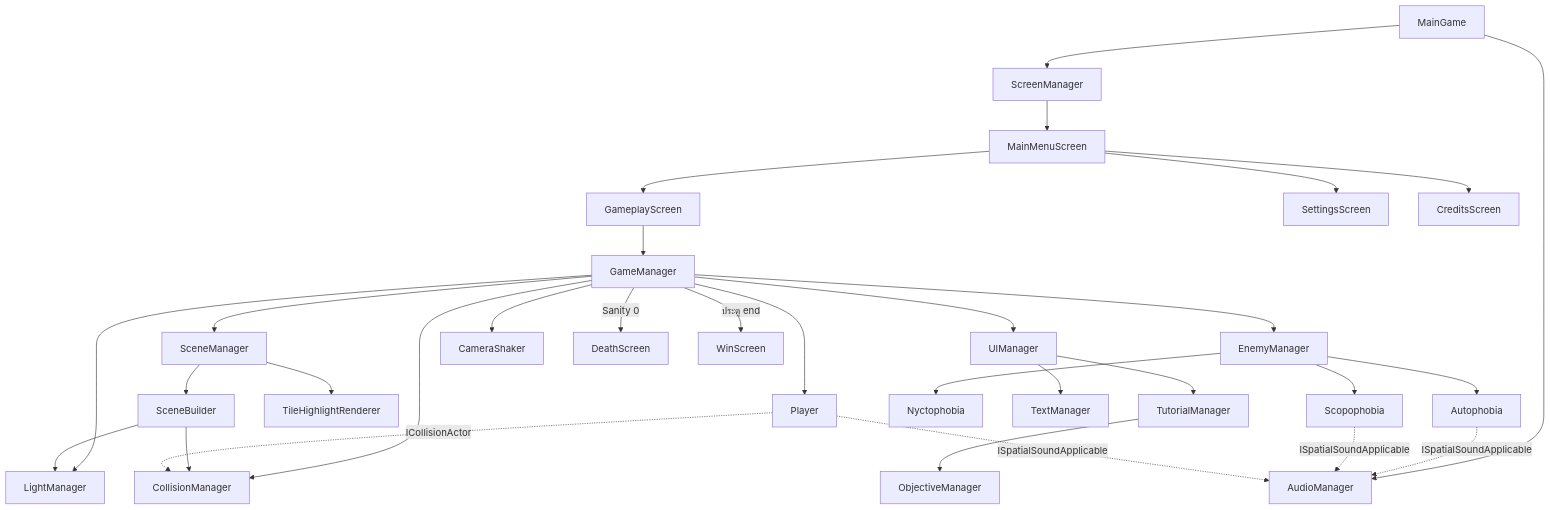
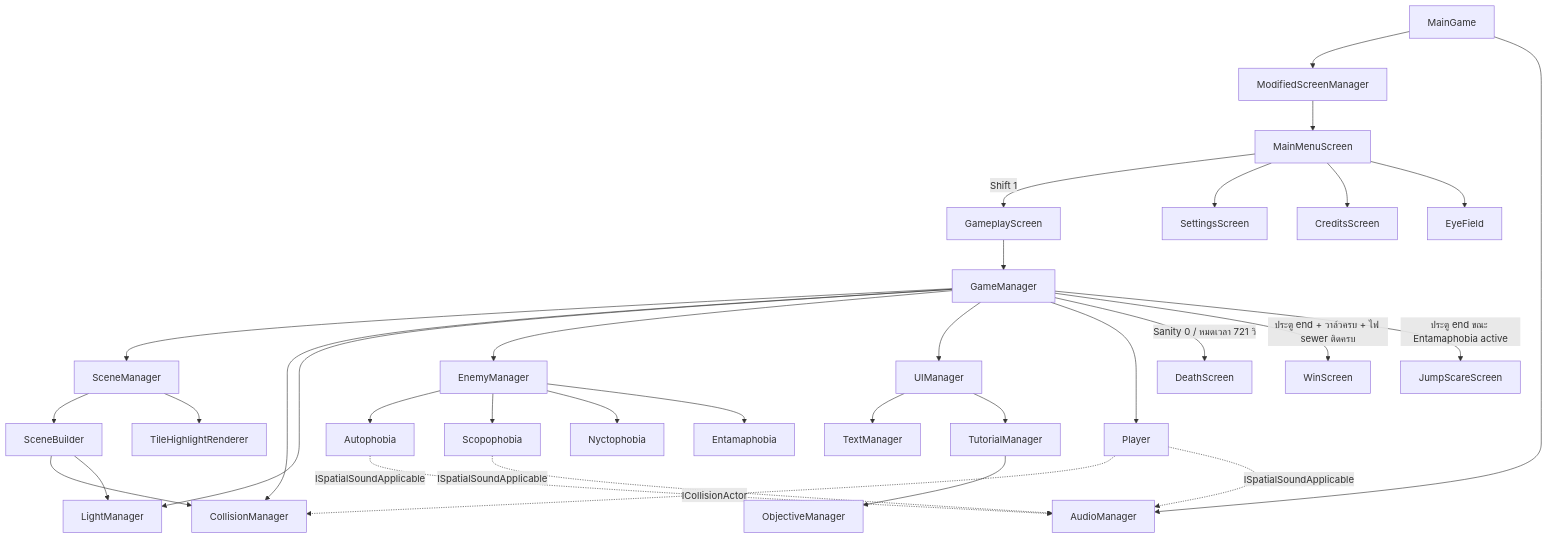
One commit to Sambopukkazz/DG225_CoreX changed the diagram in docs/01_GDD/00-concept.md. Above: the diagram before and after it, drawn with Mermaid. The commit also changed other lines of this file and 21 other files, not shown here.

````diff
--- a/docs/01_GDD/00-concept.md
+++ b/docs/01_GDD/00-concept.md
@@ -120,33 +124,35 @@
 ```mermaid
 flowchart TD
-    MainGame --> ScreenManager
-    ScreenManager --> MainMenuScreen
-    MainMenuScreen --> GameplayScreen
+    MainGame --> ModifiedScreenManager
+    ModifiedScreenManager --> MainMenuScreen
+    MainMenuScreen -->|Shift 1| GameplayScreen
     MainMenuScreen --> SettingsScreen
     MainMenuScreen --> CreditsScreen
+    MainMenuScreen --> EyeField
     GameplayScreen --> GameManager
     GameManager --> SceneManager
     GameManager --> CollisionManager
     GameManager --> LightManager
     GameManager --> EnemyManager
     GameManager --> UIManager
     GameManager --> Player
-    GameManager --> CameraShaker
-    GameManager -->|Sanity 0| DeathScreen
-    GameManager -->|ประตู end| WinScreen
+    GameManager -->|Sanity 0 / หมดเวลา 721 วิ| DeathScreen
+    GameManager -->|ประตู end + วาล์วครบ + ไฟ sewer ติดครบ| WinScreen
+    GameManager -->|ประตู end ขณะ Entamaphobia active| JumpScareScreen
     MainGame --> AudioManager
     SceneManager --> SceneBuilder
     SceneManager --> TileHighlightRenderer
     SceneBuilder --> CollisionManager
     SceneBuilder --> LightManager
     EnemyManager --> Autophobia
     EnemyManager --> Scopophobia
     EnemyManager --> Nyctophobia
+    EnemyManager --> Entamaphobia
     UIManager --> TextManager
     UIManager --> TutorialManager
     TutorialManager --> ObjectiveManager
     Autophobia -.ISpatialSoundApplicable.-> AudioManager
     Scopophobia -.ISpatialSoundApplicable.-> AudioManager
     Player -.ICollisionActor.-> CollisionManager
     Player -.ISpatialSoundApplicable.-> AudioManager
 ```
````
